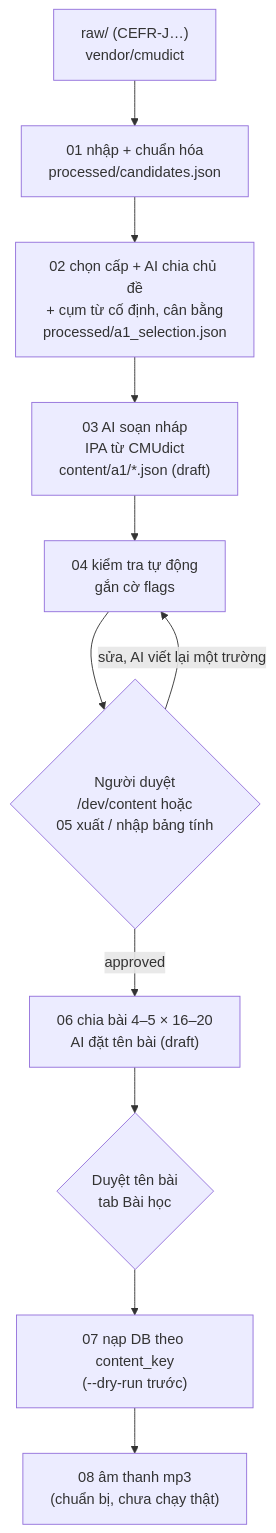
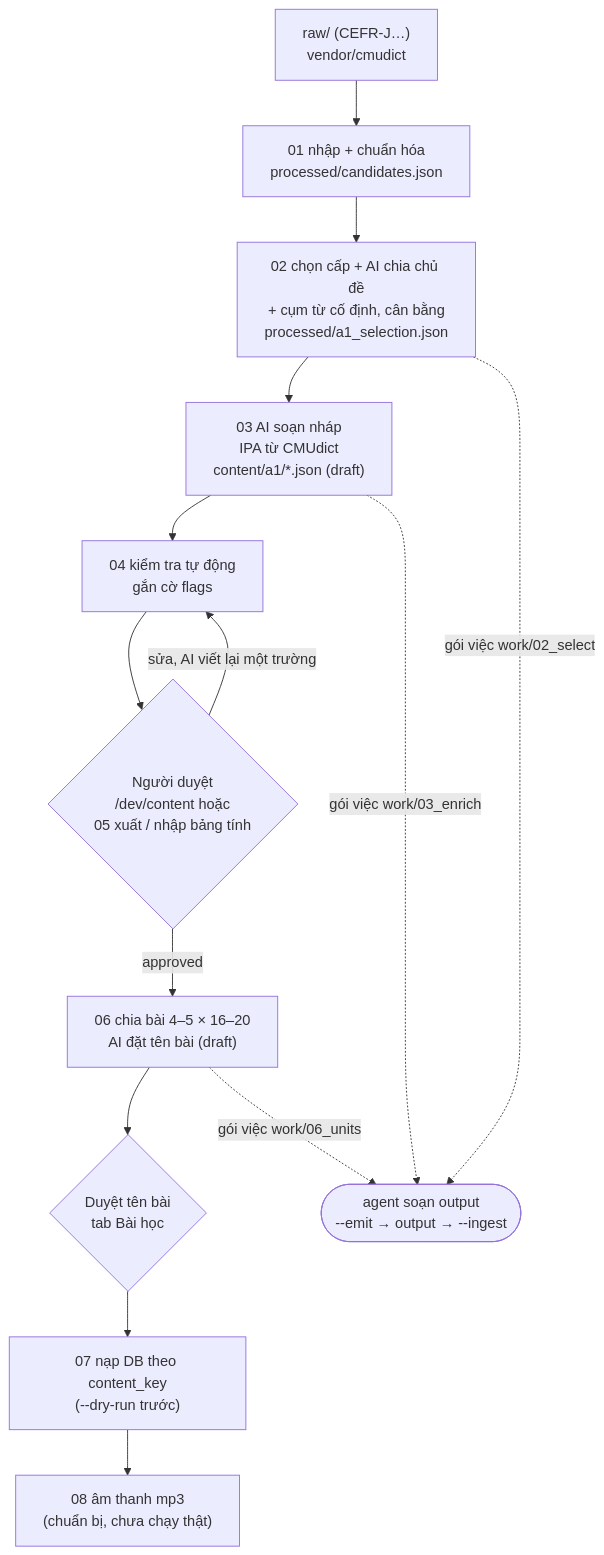
The diagram in backend/data_pipeline/README.md (thiennnhannguyen/wordcash), drawn with Mermaid before and after one commit. The commit also changed other lines of this file and 2 other files, not shown here.

Commit message:
docs(content): chế độ agent là cách chính (README quy trình, CLAUDE.md, data-sources); ước tính chi phí API chỉ còn ở AI_PROVIDER=anthropic

````diff
--- a/backend/data_pipeline/README.md
+++ b/backend/data_pipeline/README.md
@@ -7,13 +8,16 @@
 ```mermaid
 flowchart TD
     RAW["raw/ (CEFR-J…)<br/>vendor/cmudict"] --> S01["01 nhập + chuẩn hóa<br/>processed/candidates.json"]
     S01 --> S02["02 chọn cấp + AI chia chủ đề<br/>+ cụm từ cố định, cân bằng<br/>processed/a1_selection.json"]
     S02 --> S03["03 AI soạn nháp<br/>IPA từ CMUdict<br/>content/a1/*.json (draft)"]
     S03 --> S04["04 kiểm tra tự động<br/>gắn cờ flags"]
     S04 --> REVIEW{"Người duyệt<br/>/dev/content hoặc<br/>05 xuất / nhập bảng tính"}
     REVIEW -->|sửa, AI viết lại một trường| S04
     REVIEW -->|approved| S06["06 chia bài 4–5 × 16–20<br/>AI đặt tên bài (draft)"]
     S06 --> TITLES{"Duyệt tên bài<br/>tab Bài học"}
+    S02 -.->|"gói việc work/02_select"| AGENT(["agent soạn output<br/>--emit → output → --ingest"])
+    S03 -.->|"gói việc work/03_enrich"| AGENT
+    S06 -.->|"gói việc work/06_units"| AGENT
     TITLES --> S07["07 nạp DB theo content_key<br/>(--dry-run trước)"]
     S07 --> S08["08 âm thanh mp3<br/>(chuẩn bị, chưa chạy thật)"]
 ```
````
